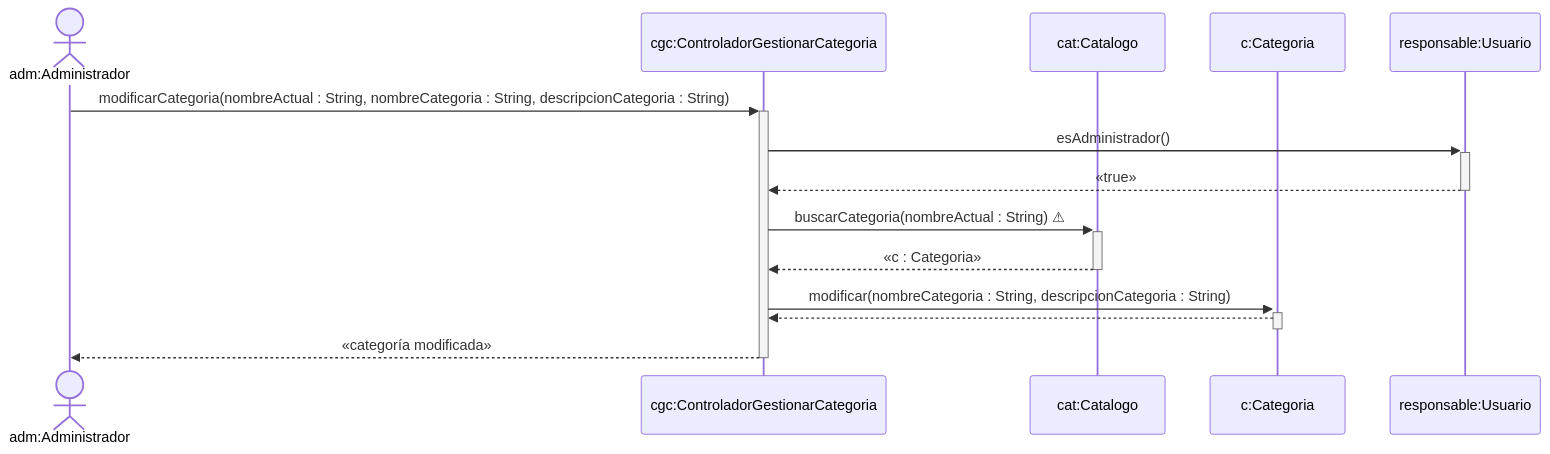
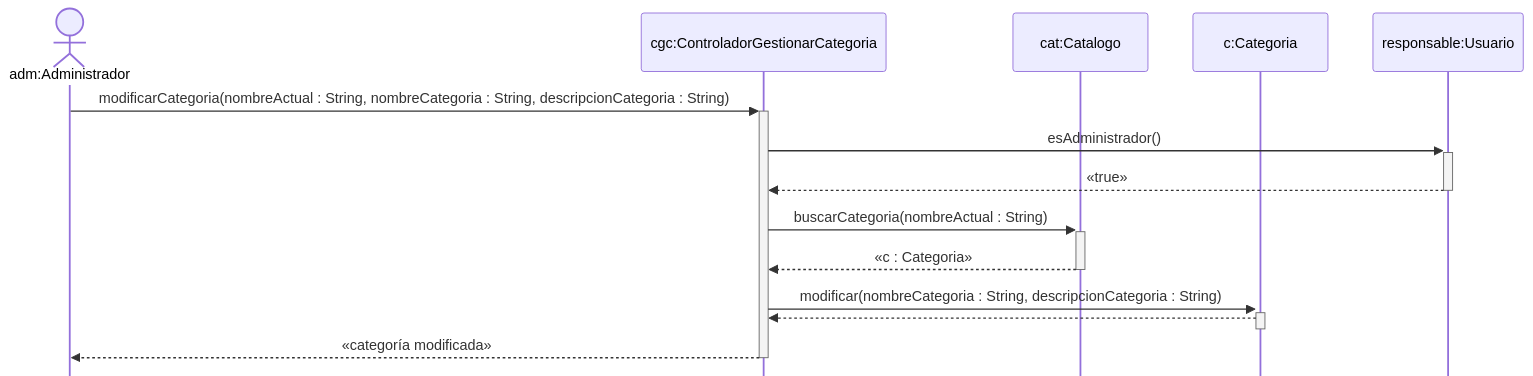
Before and after one commit to cirotop/Stock-Project: the fifth of 12 diagrams in 08-Diagrama De Secuencia/Diagramas_de_Secuencia.md, drawn with Mermaid. The commit also changed other lines of this file and 2 other files, not shown here.

````diff
--- a/08-Diagrama De Secuencia/Diagramas_de_Secuencia.md
+++ b/08-Diagrama De Secuencia/Diagramas_de_Secuencia.md
@@ -138,17 +141,18 @@
 ```mermaid
+%%{init: {"sequence": {"mirrorActors": false}, "themeCSS": ".loopLine { stroke-dasharray: none !important; stroke-width: 1.5px !important; }"}}%%
 sequenceDiagram
     actor adm as adm:Administrador
     participant cgc as cgc:ControladorGestionarCategoria
     participant cat as cat:Catalogo
     participant c as c:Categoria
     participant resp as responsable:Usuario
 
     adm->>+cgc: modificarCategoria(nombreActual : String, nombreCategoria : String, descripcionCategoria : String)
     cgc->>+resp: esAdministrador()
     resp-->>-cgc: «true»
-    cgc->>+cat: buscarCategoria(nombreActual : String) ⚠
+    cgc->>+cat: buscarCategoria(nombreActual : String)
     cat-->>-cgc: «c : Categoria»
     cgc->>+c: modificar(nombreCategoria : String, descripcionCategoria : String)
     c-->>-cgc: 
     cgc-->>-adm: «categoría modificada»
 ```
````
